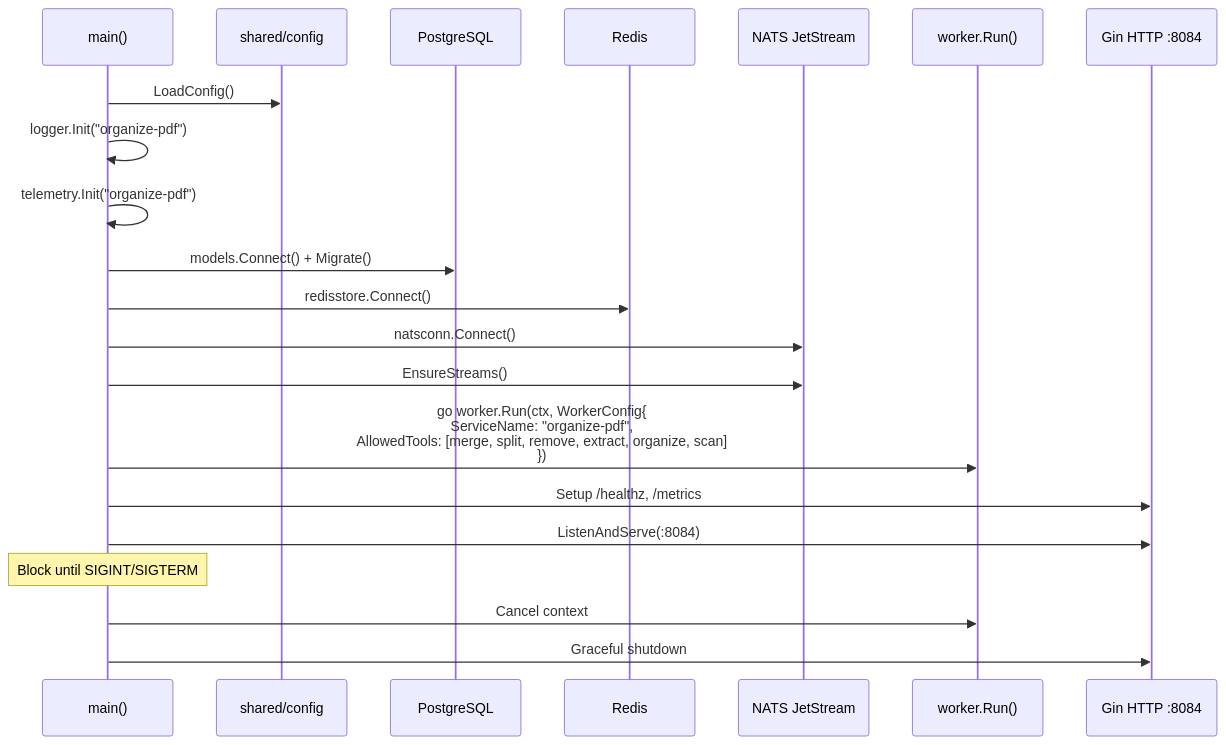
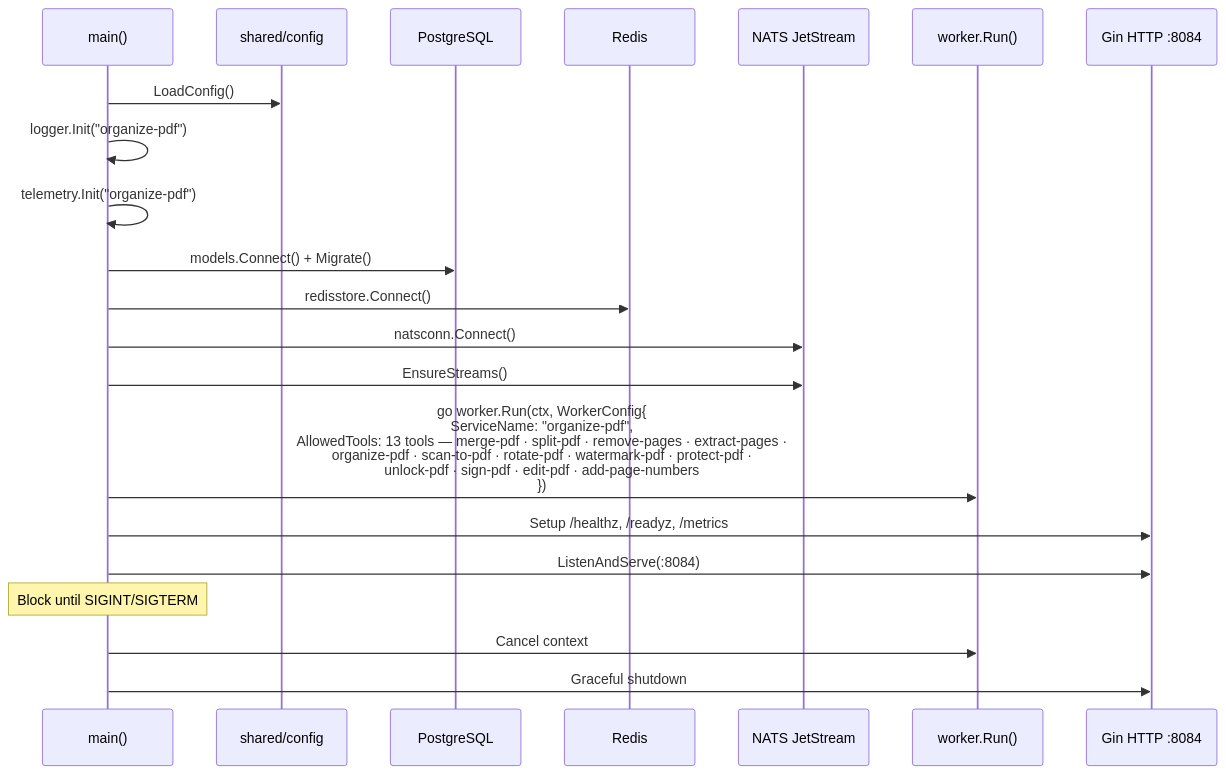
Before and after one commit to Prachidubey2003/fyredocs_backend: the fifth of 8 diagrams in docs/developer/mermaid/service-organize-pdf-sequence.md, drawn with Mermaid. The commit also changed other lines of this file and 39 other files, not shown here.

Commit message:
Refactor PDF services to use NATS JetStream for job dispatch and event publishing; enhance documentation for OPTIMIZE_PDF and ORGANIZE_PDF services; remove deprecated UPLOAD_SERVICE documentation; update OpenAPI spec for improved clarity and accuracy.

````diff
--- a/docs/developer/mermaid/service-organize-pdf-sequence.md
+++ b/docs/developer/mermaid/service-organize-pdf-sequence.md
@@ -125,27 +125,27 @@
 ```mermaid
 sequenceDiagram
     participant Main as main()
     participant Config as shared/config
     participant DB as PostgreSQL
     participant Redis
     participant NATS as NATS JetStream
     participant Worker as worker.Run()
     participant Gin as Gin HTTP :8084
 
     Main->>Config: LoadConfig()
     Main->>Main: logger.Init("organize-pdf")
     Main->>Main: telemetry.Init("organize-pdf")
     Main->>DB: models.Connect() + Migrate()
     Main->>Redis: redisstore.Connect()
     Main->>NATS: natsconn.Connect()
     Main->>NATS: EnsureStreams()
 
-    Main->>Worker: go worker.Run(ctx, WorkerConfig{<br/>  ServiceName: "organize-pdf",<br/>  AllowedTools: [merge, split, remove, extract, organize, scan]<br/>})
+    Main->>Worker: go worker.Run(ctx, WorkerConfig{<br/>  ServiceName: "organize-pdf",<br/>  AllowedTools: 13 tools — merge-pdf · split-pdf · remove-pages · extract-pages ·<br/>  organize-pdf · scan-to-pdf · rotate-pdf · watermark-pdf · protect-pdf ·<br/>  unlock-pdf · sign-pdf · edit-pdf · add-page-numbers<br/>})
 
-    Main->>Gin: Setup /healthz, /metrics
+    Main->>Gin: Setup /healthz, /readyz, /metrics
     Main->>Gin: ListenAndServe(:8084)
 
     Note over Main: Block until SIGINT/SIGTERM
     Main->>Worker: Cancel context
     Main->>Gin: Graceful shutdown
 ```
````
